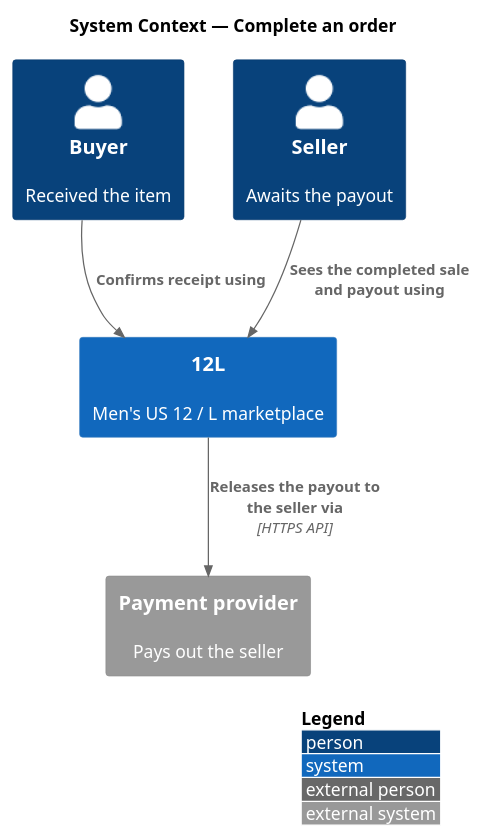
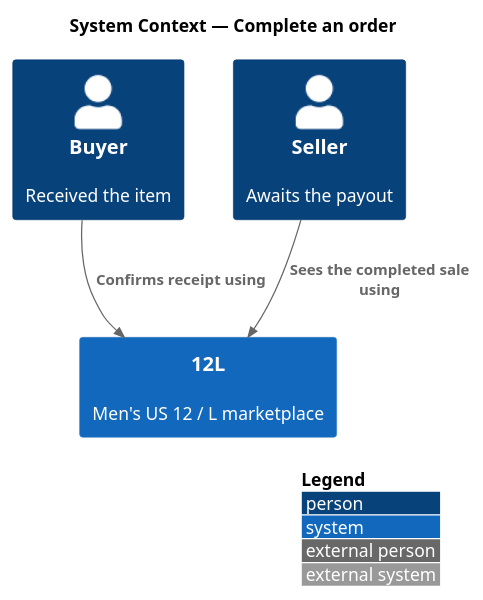
Before and after one commit to QuinntyneBrown/12l: the diagram in docs/detailed-designs/orders/complete-order/diagrams/c4-context.puml, drawn with PlantUML. The commit also changed 21 other files, not shown here.

```diff
--- a/docs/detailed-designs/orders/complete-order/diagrams/c4-context.puml
+++ b/docs/detailed-designs/orders/complete-order/diagrams/c4-context.puml
@@ -1,13 +1,11 @@
 @startuml
 !include <C4/C4_Context>
 LAYOUT_WITH_LEGEND()
 title System Context — Complete an order
 
 Person(buyer, "Buyer", "Received the item")
 Person(seller, "Seller", "Awaits the payout")
 System(twelvel, "12L", "Men's US 12 / L marketplace")
-System_Ext(pay, "Payment provider", "Pays out the seller")
 Rel(buyer, twelvel, "Confirms receipt using")
-Rel(twelvel, pay, "Releases the payout to the seller via", "HTTPS API")
-Rel(seller, twelvel, "Sees the completed sale and payout using")
+Rel(seller, twelvel, "Sees the completed sale using")
 @enduml
```
